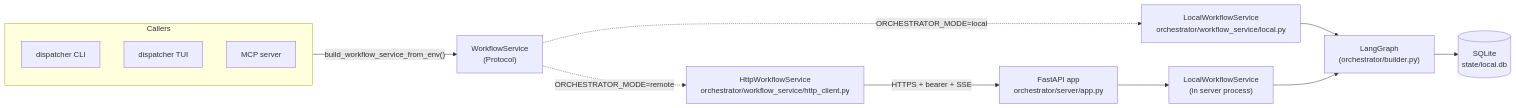
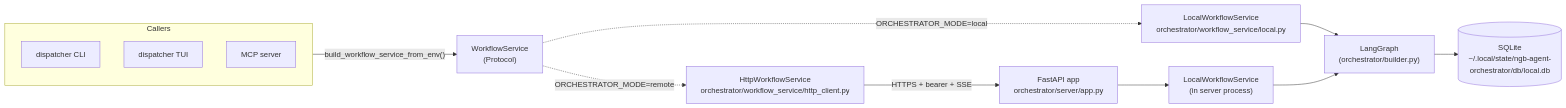
Before and after one commit to ngbank/ngb-agent-orchestrator: the diagram in docs/architecture.md, drawn with Mermaid. The commit also changed other lines of this file and 11 other files, not shown here.

````diff
--- a/docs/architecture.md
+++ b/docs/architecture.md
@@ -113,20 +113,20 @@
 ```mermaid
 flowchart LR
     subgraph callers["Callers"]
         CLI["dispatcher CLI"]
         TUI["dispatcher TUI"]
         MCP["MCP server"]
     end
 
     callers -->|"build_workflow_service_from_env()"| WS["WorkflowService<br/>(Protocol)"]
 
     WS -.->|"ORCHESTRATOR_MODE=local"| Local["LocalWorkflowService<br/>orchestrator/workflow_service/local.py"]
     WS -.->|"ORCHESTRATOR_MODE=remote"| Http["HttpWorkflowService<br/>orchestrator/workflow_service/http_client.py"]
 
     Http -->|"HTTPS + bearer + SSE"| Server["FastAPI app<br/>orchestrator/server/app.py"]
     Server --> LocalSrv["LocalWorkflowService<br/>(in server process)"]
 
     Local --> Graph["LangGraph<br/>(orchestrator/builder.py)"]
     LocalSrv --> Graph
-    Graph --> SQL[("SQLite<br/>state/local.db")]
+    Graph --> SQL[("SQLite<br/>~/.local/state/ngb-agent-orchestrator/db/local.db")]
 ```
````
